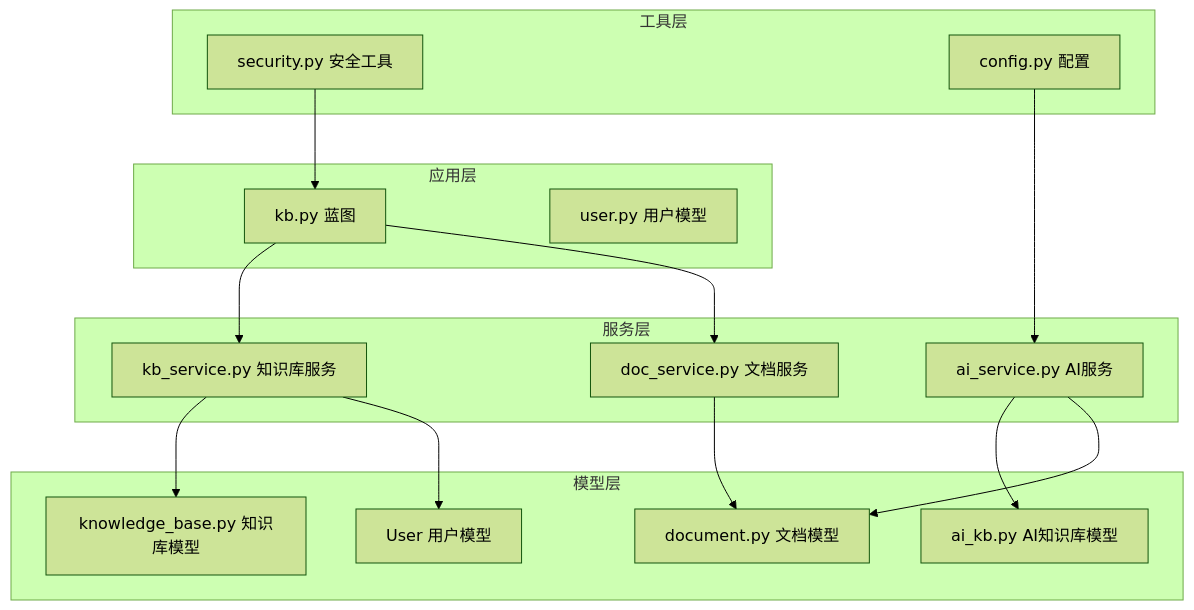
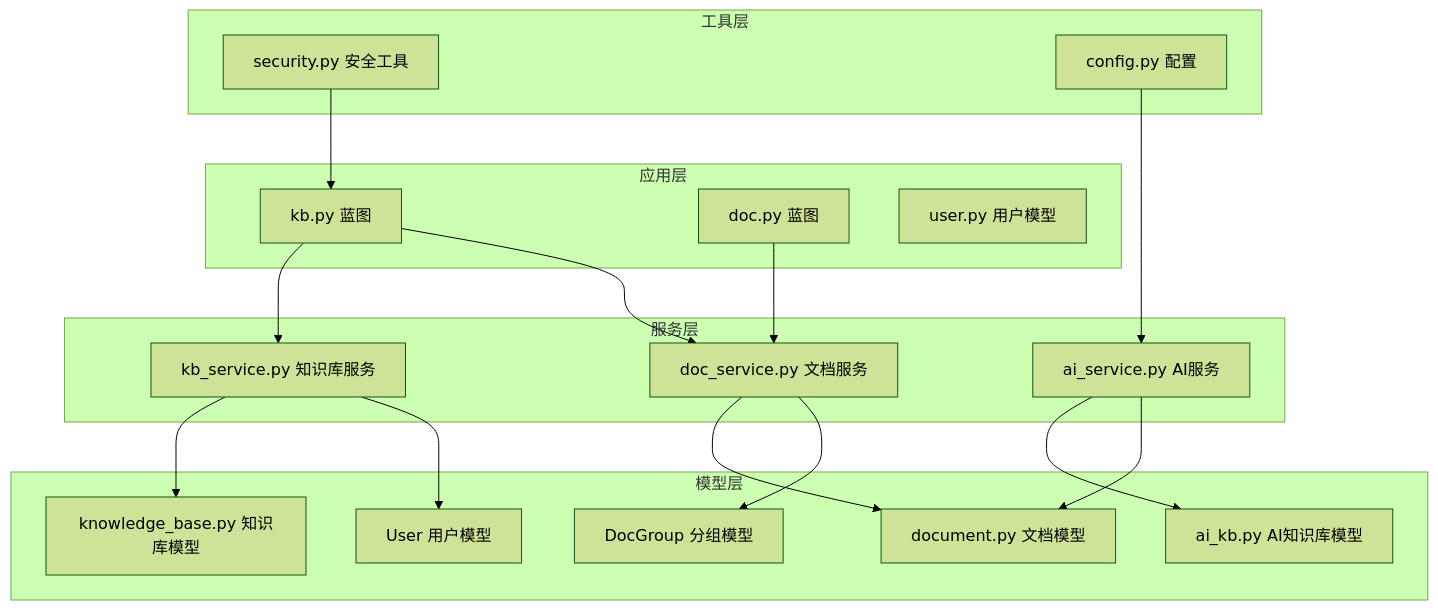
One commit to beyondalbert/my_wiki changed the first of 12 diagrams in .qoder/repowiki/zh/content/核心模块/知识库管理模块/知识库管理模块.md. Above: the diagram before and after it, drawn with Mermaid (forest theme). The commit also changed other lines of this file and 5 other files, not shown here.

````diff
--- a/.qoder/repowiki/zh/content/核心模块/知识库管理模块/知识库管理模块.md
+++ b/.qoder/repowiki/zh/content/核心模块/知识库管理模块/知识库管理模块.md
@@ -38,31 +49,35 @@
 ```mermaid
 graph TB
 subgraph "应用层"
 BP[kb.py 蓝图]
+DOC_BP[doc.py 蓝图]
 USR[user.py 用户模型]
 end
 subgraph "服务层"
 KBS[kb_service.py 知识库服务]
 DOCS[doc_service.py 文档服务]
 AIS[ai_service.py AI服务]
 end
 subgraph "模型层"
 KB[knowledge_base.py 知识库模型]
 DOC[document.py 文档模型]
+DG[DocGroup 分组模型]
 AIKB[ai_kb.py AI知识库模型]
 U[User 用户模型]
 end
 subgraph "工具层"
 SEC[security.py 安全工具]
 CFG[config.py 配置]
 end
 BP --> KBS
 BP --> DOCS
+DOC_BP --> DOCS
 KBS --> KB
 KBS --> U
 DOCS --> DOC
+DOCS --> DG
 AIS --> AIKB
 AIS --> DOC
 SEC --> BP
 CFG --> AIS
 ```
````
